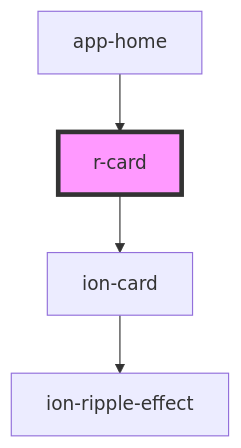
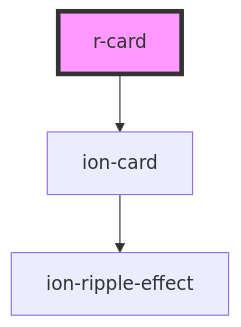
Before and after one commit to refactico/design-system: the diagram in src/components/r-card/readme.md, drawn with Mermaid. The commit also changed other lines of this file and 27 other files, not shown here.

First line of the commit message:
chore: update component dependencies and documentation for app-home

````diff
--- a/src/components/r-card/readme.md
+++ b/src/components/r-card/readme.md
@@ -34,7 +30,6 @@
 ```mermaid
 graph TD;
   r-card --> ion-card
   ion-card --> ion-ripple-effect
-  app-home --> r-card
   style r-card fill:#f9f,stroke:#333,stroke-width:4px
 ```
````
